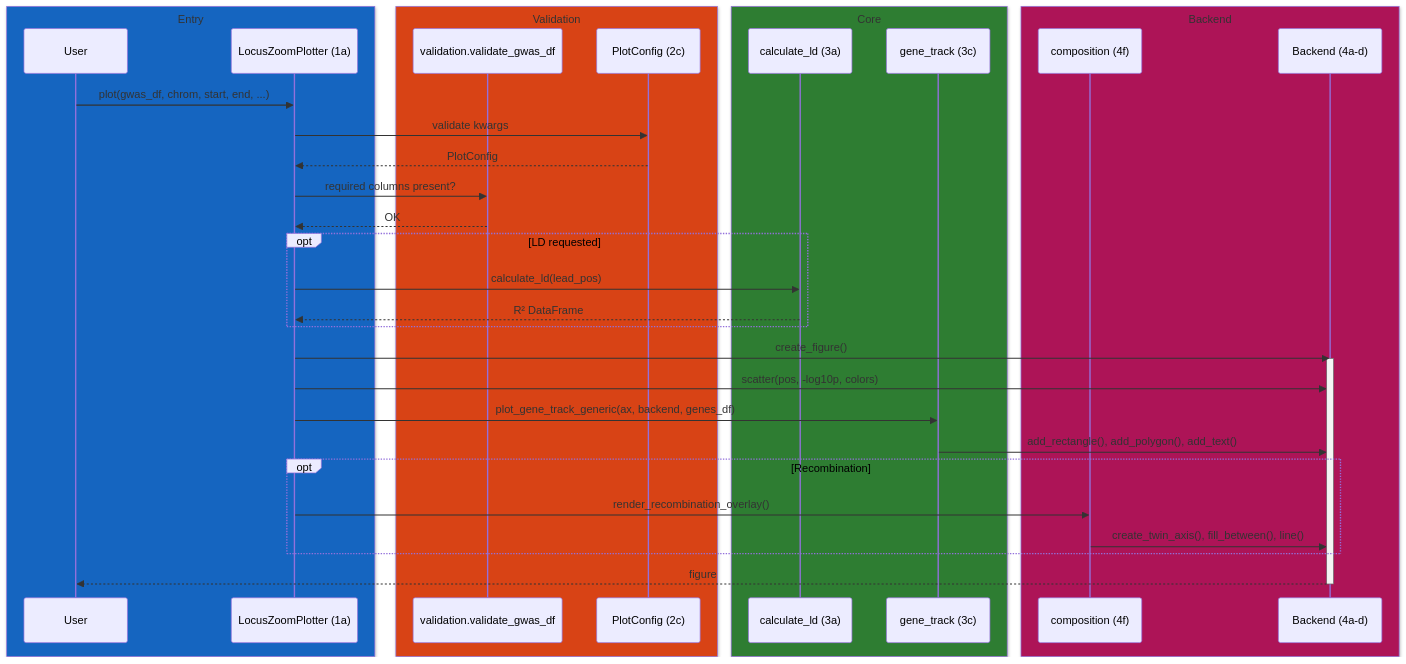
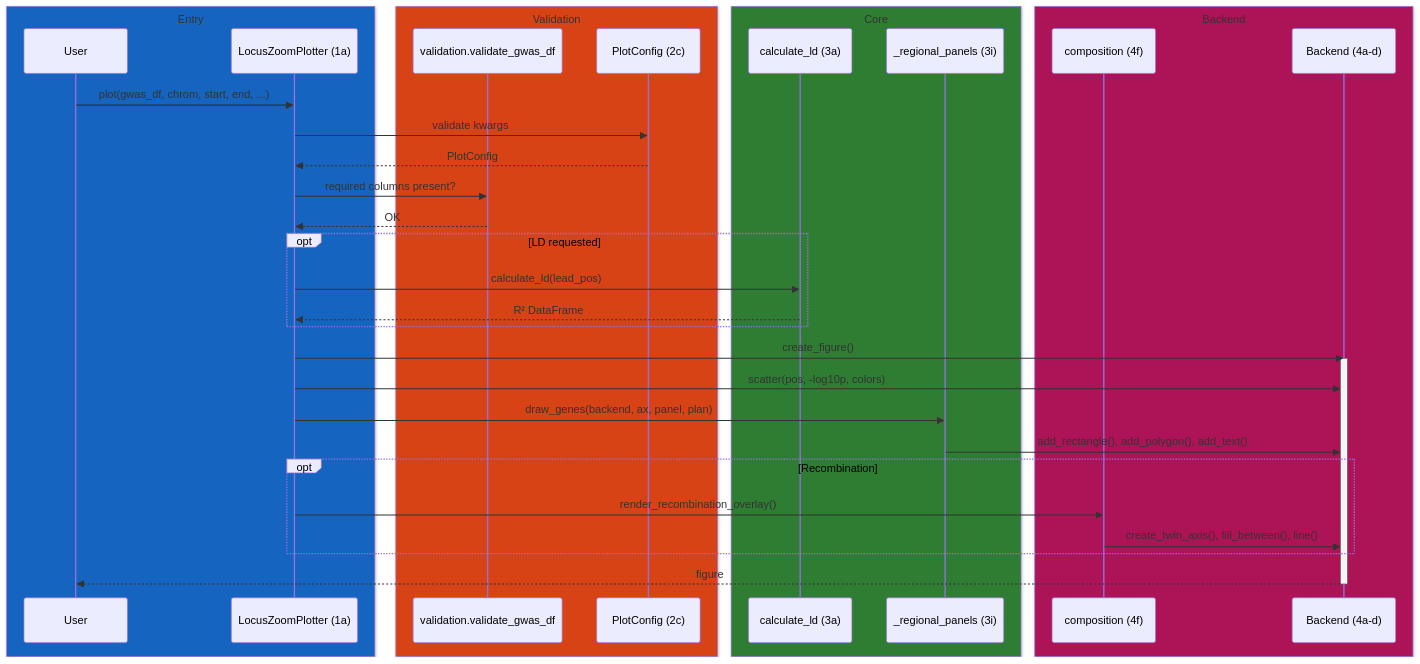
The second of 3 diagrams in docs/CODEMAP.md (michael-denyer/pyLocusZoom), drawn with Mermaid before and after one commit. The commit also changed other lines of this file and 23 other files, not shown here.

````diff
--- a/docs/CODEMAP.md
+++ b/docs/CODEMAP.md
@@ -307,42 +309,42 @@
 ```mermaid
 sequenceDiagram
     box rgb(21, 101, 192) Entry
         participant U as User
         participant P as LocusZoomPlotter (1a)
     end
     box rgb(216, 67, 21) Validation
         participant V as validation.validate_gwas_df
         participant C as PlotConfig (2c)
     end
     box rgb(46, 125, 50) Core
         participant L as calculate_ld (3a)
-        participant G as gene_track (3c)
+        participant G as _regional_panels (3i)
     end
     box rgb(173, 20, 87) Backend
         participant O as composition (4f)
         participant B as Backend (4a-d)
     end
 
     U->>P: plot(gwas_df, chrom, start, end, ...)
     P->>C: validate kwargs
     C-->>P: PlotConfig
     P->>V: required columns present?
     V-->>P: OK
 
     opt LD requested
         P->>L: calculate_ld(lead_pos)
         L-->>P: R² DataFrame
     end
 
     P->>B: create_figure()
     activate B
     P->>B: scatter(pos, -log10p, colors)
-    P->>G: plot_gene_track_generic(ax, backend, genes_df)
+    P->>G: draw_genes(backend, ax, panel, plan)
     G->>B: add_rectangle(), add_polygon(), add_text()
     opt Recombination
         P->>O: render_recombination_overlay()
         O->>B: create_twin_axis(), fill_between(), line()
     end
     B-->>U: figure
     deactivate B
 ```
````
